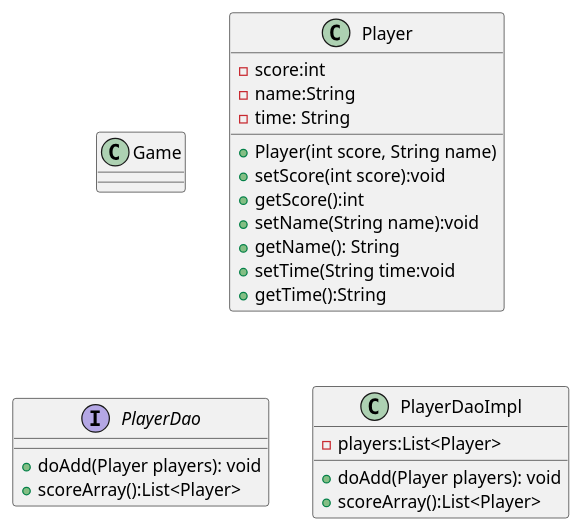
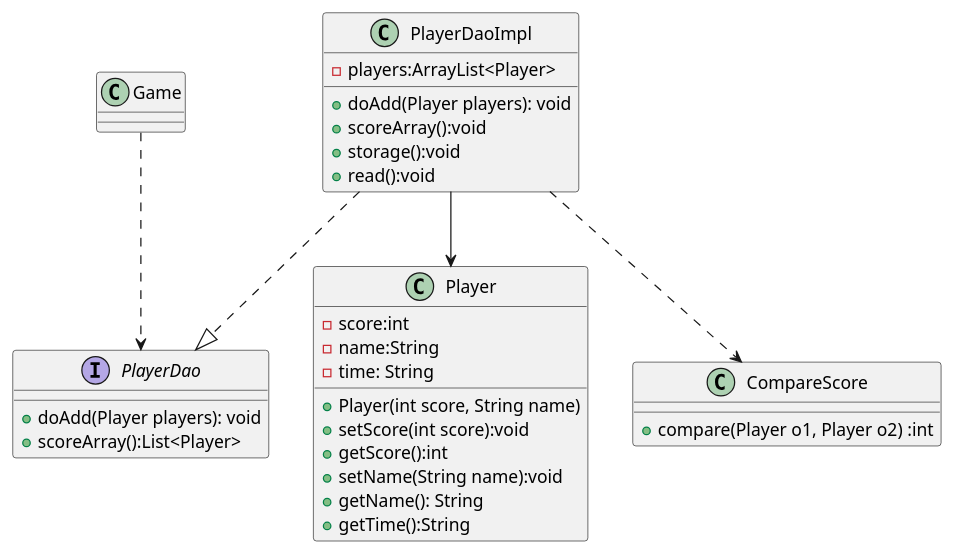
Before and after one commit to TheRoad-1210/AircraftWar: the diagram in uml/DAO.puml, drawn with PlantUML. The commit also changed 6 other files, not shown here.

Commit message:
uml finish

```diff
--- a/uml/DAO.puml
+++ b/uml/DAO.puml
@@ -1,29 +1,40 @@
 @startuml
 'https://plantuml.com/class-diagram
+Game..>PlayerDao
+PlayerDaoImpl ..|>PlayerDao
+PlayerDaoImpl-->Player
+PlayerDaoImpl..>CompareScore
+
+
 class Game
 
 class Player{
     -score:int
     -name:String
     -time: String
     +Player(int score, String name)
     +setScore(int score):void
     +getScore():int
     +setName(String name):void
     +getName(): String
-    +setTime(String time:void
     +getTime():String
 
 }
 interface PlayerDao{
     +doAdd(Player players): void
     +scoreArray():List<Player>
 }
 class PlayerDaoImpl{
-    -players:List<Player>
+    -players:ArrayList<Player>
     +doAdd(Player players): void
-    +scoreArray():List<Player>
+    +scoreArray():void
+    +storage():void
+    +read():void
 }
 
+class CompareScore{
+    +compare(Player o1, Player o2) :int
+
+}
 
 @enduml
```
